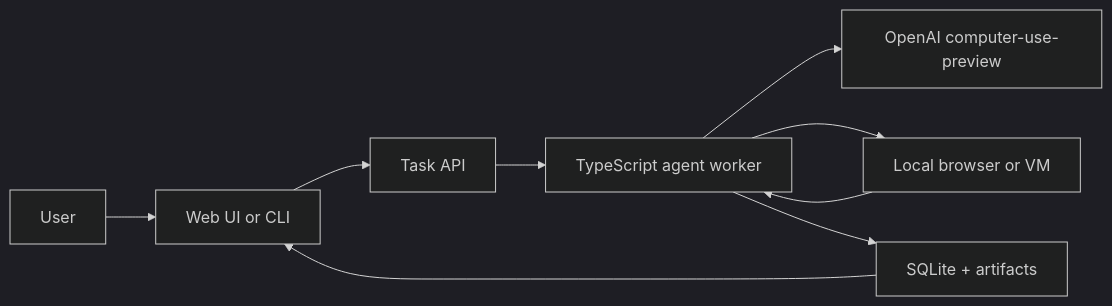
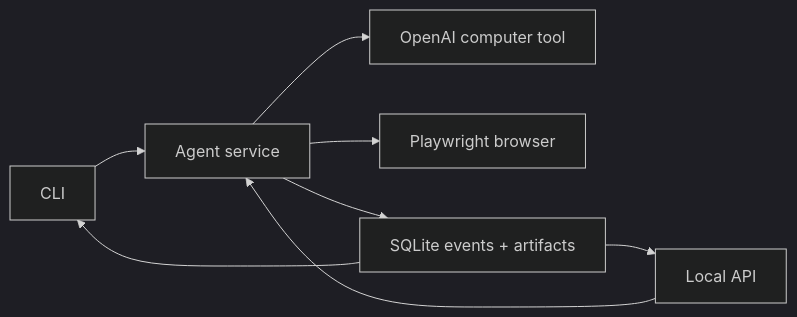
The diagram in README.md (jeffbai996/computer-using-agent), drawn with Mermaid (dark theme) before and after one commit. The commit also changed other lines of this file and 2 other files, not shown here.

Commit message:
docs: document CLI MVP config

````diff
--- a/README.md
+++ b/README.md
@@ -25,11 +80,10 @@
 ```mermaid
 flowchart LR
-  U[User] --> UI[Web UI or CLI]
-  UI --> API[Task API]
-  API --> AGENT[TypeScript agent worker]
-  AGENT --> CUA[OpenAI computer-use-preview]
-  AGENT --> BROWSER[Local browser or VM]
-  BROWSER --> AGENT
-  AGENT --> STORE[SQLite + artifacts]
-  STORE --> UI
+  CLI[CLI] --> AGENT[Agent service]
+  API[Local API] --> AGENT
+  AGENT --> MODEL[OpenAI computer tool]
+  AGENT --> BROWSER[Playwright browser]
+  AGENT --> STORE[SQLite events + artifacts]
+  STORE --> CLI
+  STORE --> API
 ```
````
